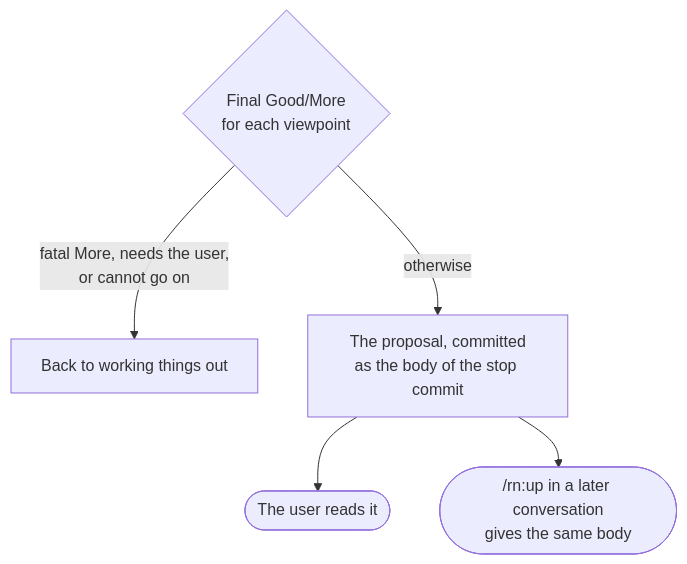
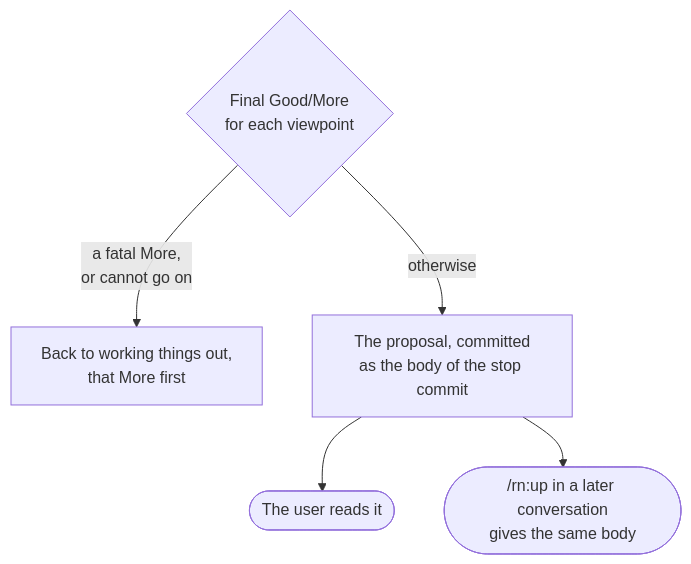
One commit to lovaizu/ccpm changed the fifth of 6 diagrams in rn/docs/design.md. Above: the diagram before and after it, drawn with Mermaid. The commit also changed other lines of this file and 1 other file, not shown here.

````diff
--- a/rn/docs/design.md
+++ b/rn/docs/design.md
@@ -253,12 +243,12 @@
 ```mermaid
 flowchart TD
     J{"Final Good/More<br/>for each viewpoint"}
-    U["Back to working things out"]
+    U["Back to working things out,<br/>that More first"]
     R["The proposal, committed<br/>as the body of the stop commit"]
     P(["The user reads it"])
     L(["/rn:up in a later conversation<br/>gives the same body"])
-    J -->|"fatal More, needs the user,<br/>or cannot go on"| U
+    J -->|"a fatal More,<br/>or cannot go on"| U
     J -->|"otherwise"| R
     R --> P
     R --> L
 ```
````
